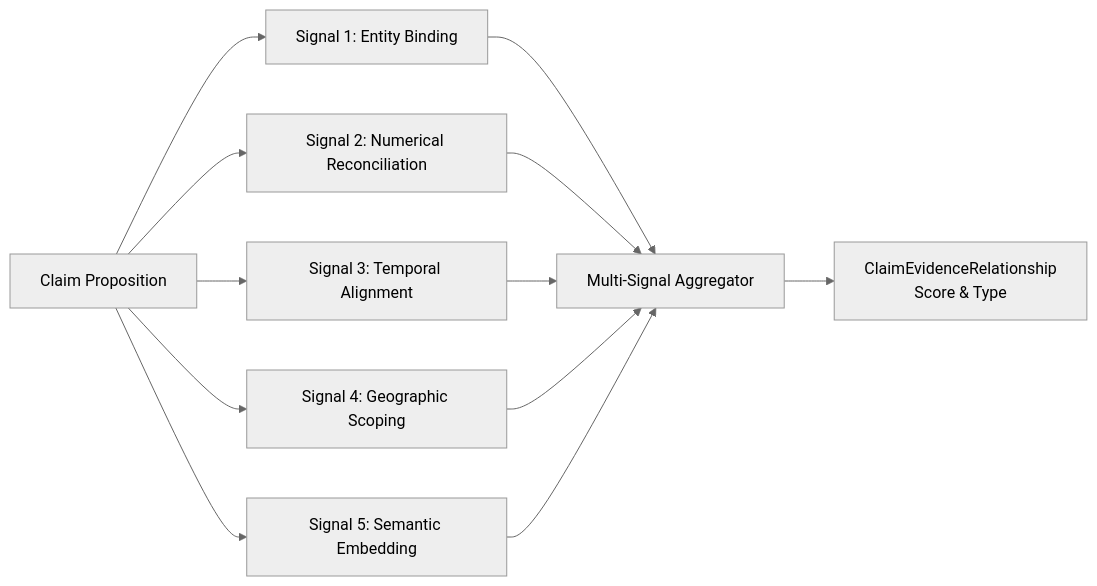
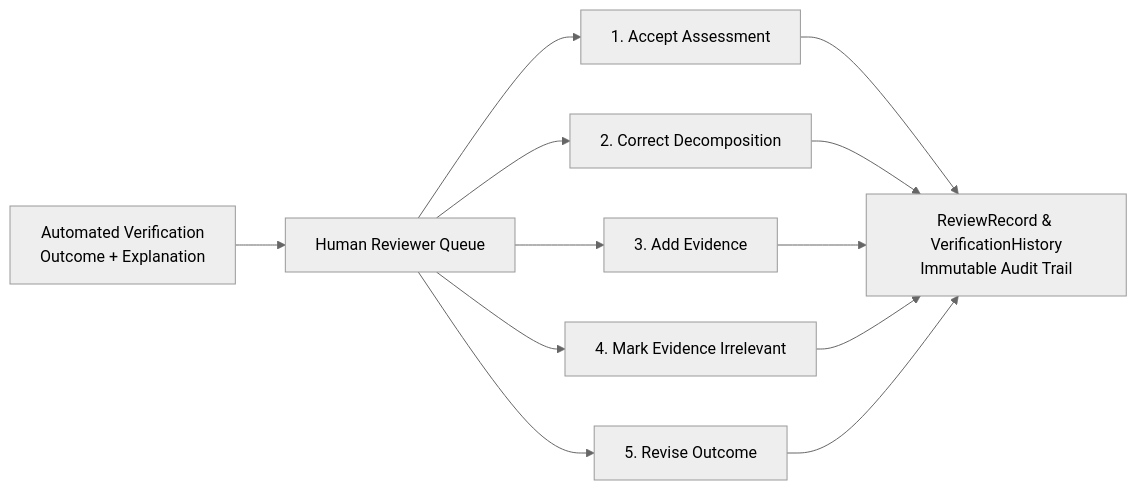
Before and after one commit to Rakshana0707/CIVICLENS: the second of 2 diagrams in docs/phase7/verification_methodology.md, drawn with Mermaid (neutral theme). The commit also changed other lines of this file and 4 other files, not shown here.

Commit message:
CLAIM VERIFICATION ENGINE AND HUMAN REVIEW Co-authored-by: Neevetha <neevetha2006@gmail.com>

````diff
--- a/docs/phase7/verification_methodology.md
+++ b/docs/phase7/verification_methodology.md
@@ -45,11 +87,12 @@
 ```mermaid
 flowchart LR
-    CLAIM[Claim Proposition] --> S1[Signal 1: Entity Binding]
-    CLAIM --> S2[Signal 2: Numerical Reconciliation]
-    CLAIM --> S3[Signal 3: Temporal Alignment]
-    CLAIM --> S4[Signal 4: Geographic Scoping]
-    CLAIM --> S5[Signal 5: Semantic Embedding]
+    AUTO[Automated Verification<br/>Outcome + Explanation] --> REV[Human Reviewer Queue]
     
-    S1 & S2 & S3 & S4 & S5 --> AGG[Multi-Signal Aggregator]
-    AGG --> REL[ClaimEvidenceRelationship<br/>Score & Type]
+    REV --> ACT1[1. Accept Assessment]
+    REV --> ACT2[2. Correct Decomposition]
+    REV --> ACT3[3. Add Evidence]
+    REV --> ACT4[4. Mark Evidence Irrelevant]
+    REV --> ACT5[5. Revise Outcome]
+    
+    ACT1 & ACT2 & ACT3 & ACT4 & ACT5 --> LOG[ReviewRecord & VerificationHistory<br/>Immutable Audit Trail]
 ```
````
